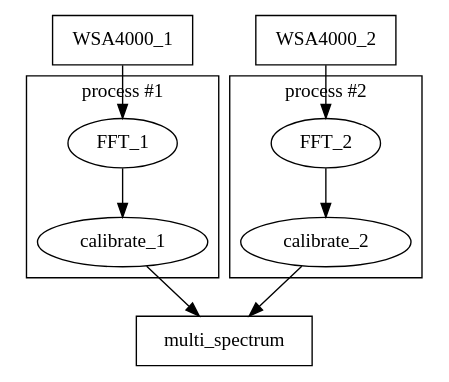
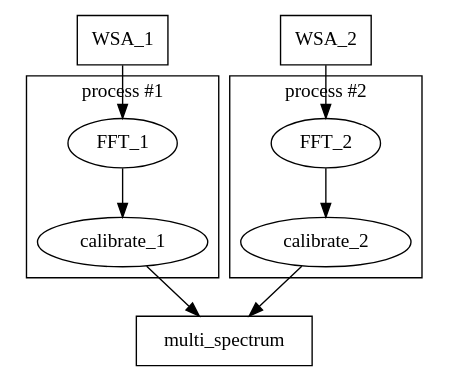
Before and after one commit to pyrf/pyrf: the third of 3 diagrams in docs/plans.rst, drawn with Graphviz. The commit also changed other lines of this file and 21 other files, not shown here.

```diff
--- a/docs/plans.rst
+++ b/docs/plans.rst
@@ -72,19 +72,19 @@
 .. graphviz::
 
    digraph processing {
-      WSA4000_1 [shape=box];
-      WSA4000_2 [shape=box];
+      WSA_1 [shape=box];
+      WSA_2 [shape=box];
       subgraph cluster1 {
 	 label = "process #1";
 	 FFT_1 -> calibrate_1;
       }
       subgraph cluster2 {
 	 label = "process #2";
 	 FFT_2 -> calibrate_2;
       }
-      WSA4000_1 -> FFT_1;
-      WSA4000_2 -> FFT_2;
+      WSA_1 -> FFT_1;
+      WSA_2 -> FFT_2;
       calibrate_1 -> multi_spectrum;
       calibrate_2 -> multi_spectrum;
       multi_spectrum [shape=box];
    }
```
